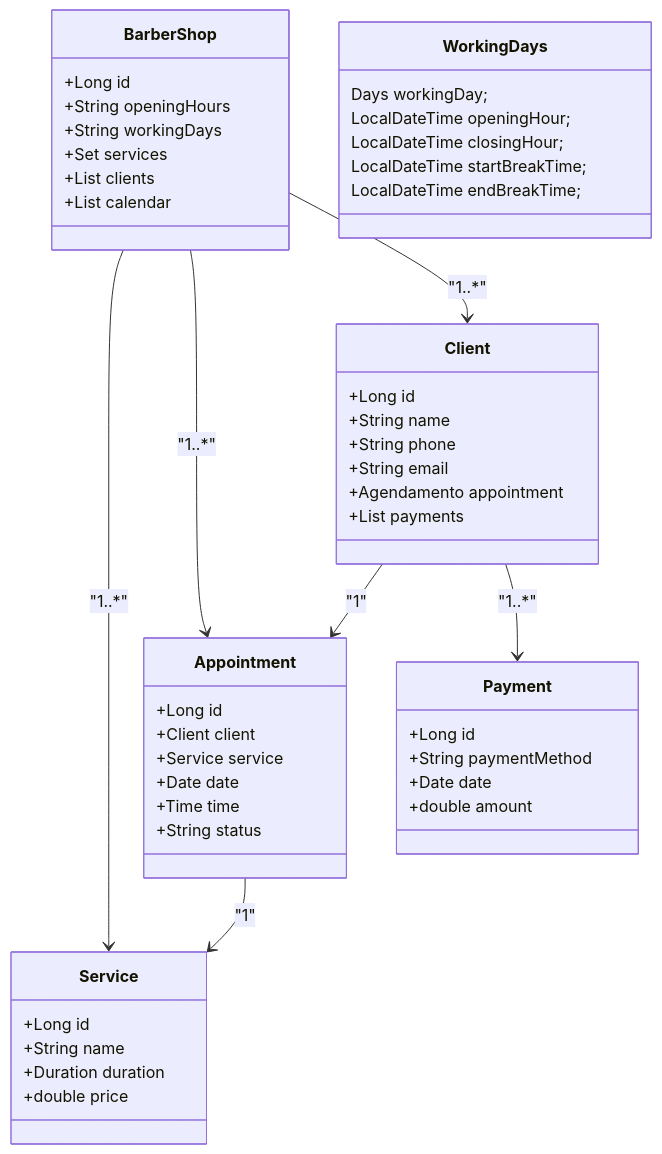
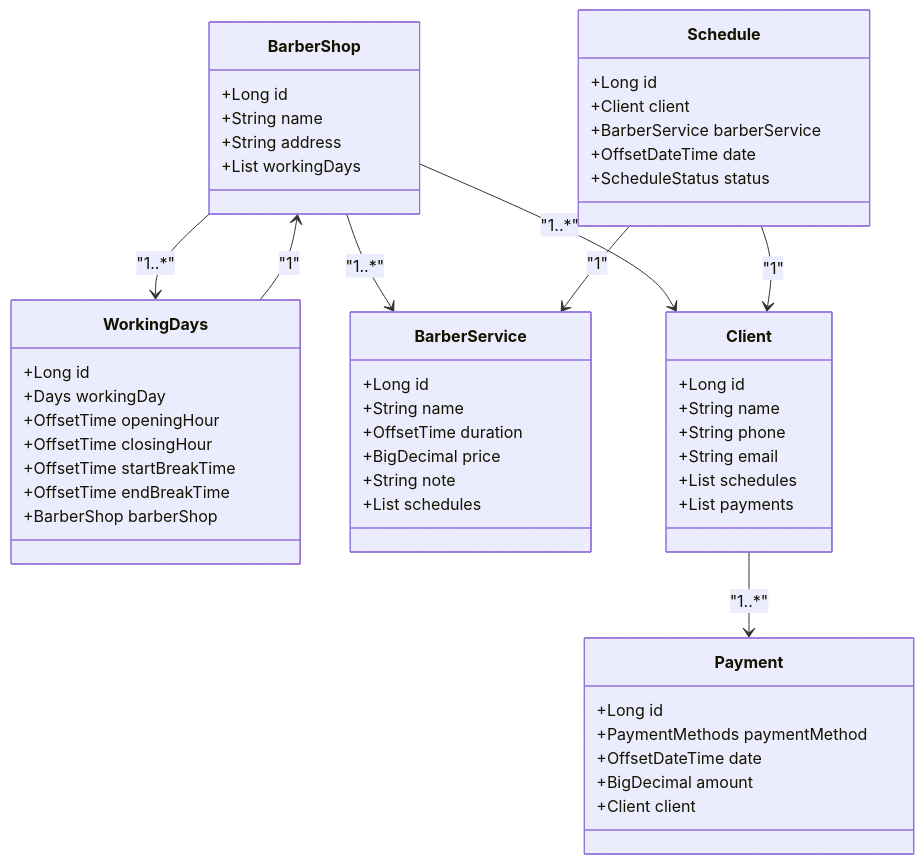
The diagram in README.markdown (Mihvieira/backEnd-BarberShopRestApi), drawn with Mermaid before and after one commit. The commit also changed other lines of this file, not shown here.

````diff
--- a/README.markdown
+++ b/README.markdown
@@ -1,56 +37,61 @@
- ``` mermaid
-
+```mermaid
 classDiagram
     class BarberShop {
-            +Long id
-            +String openingHours
-            +String workingDays
-            +Set<Service> services
-            +List<Client> clients
-            +List<Appointment> calendar
+        +Long id
+        +String name
+        +String address
+        +List<WorkingDays> workingDays
     }
 
     class WorkingDays {
-        Days workingDay;
-        LocalDateTime openingHour;
-        LocalDateTime closingHour;
-        LocalDateTime startBreakTime;
-        LocalDateTime endBreakTime;
+        +Long id
+        +Days workingDay
+        +OffsetTime openingHour
+        +OffsetTime closingHour
+        +OffsetTime startBreakTime
+        +OffsetTime endBreakTime
+        +BarberShop barberShop
     }
 
-    class Service {
+    class BarberService {
         +Long id
         +String name
-        +Duration duration
-        +double price
+        +OffsetTime duration
+        +BigDecimal price
+        +String note
+        +List<Schedule> schedules
     }
-    class Appointment {
+
+    class Schedule {
         +Long id
         +Client client
-        +Service service
-        +Date date
-        +Time time
-        +String status
+        +BarberService barberService
+        +OffsetDateTime date
+        +ScheduleStatus status
     }
+
     class Client {
         +Long id
         +String name
         +String phone
         +String email
-        +Agendamento appointment
+        +List<Schedule> schedules
         +List<Payment> payments
     }
+
     class Payment {
         +Long id
-        +String paymentMethod
-        +Date date
-        +double amount
+        +PaymentMethods paymentMethod
+        +OffsetDateTime date
+        +BigDecimal amount
+        +Client client
     }
-    BarberShop --> Service : "1..*"
-    Appointment --> Service : "1"
-    BarberShop --> Appointment : "1..*"
-    Client --> Appointment : "1"
+
+    BarberShop --> WorkingDays : "1..*"
     BarberShop --> Client : "1..*"
+    BarberShop --> BarberService : "1..*"
+    WorkingDays --> BarberShop : "1"
+    Schedule --> Client : "1"
+    Schedule --> BarberService : "1"
     Client --> Payment : "1..*"
-    
-    ```
+```
````
